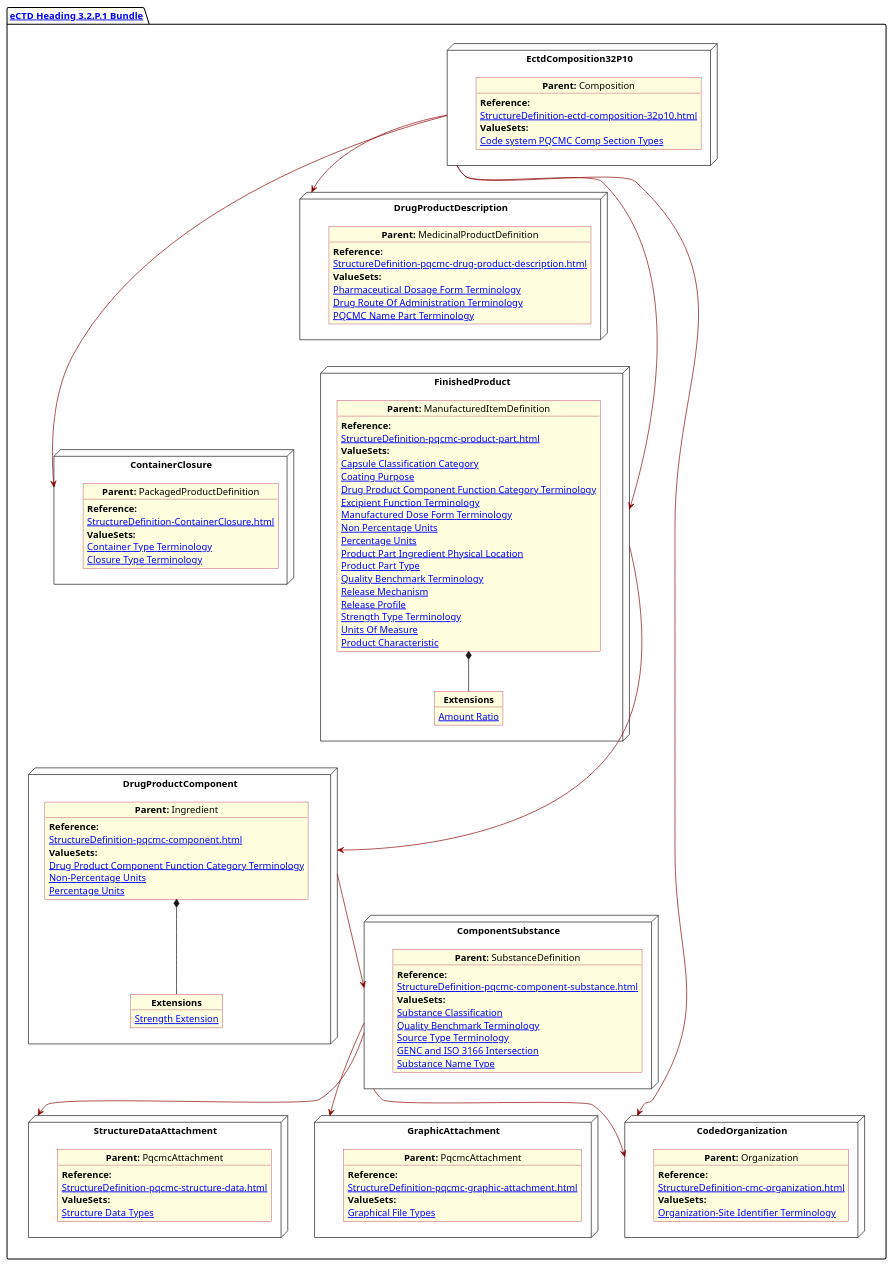
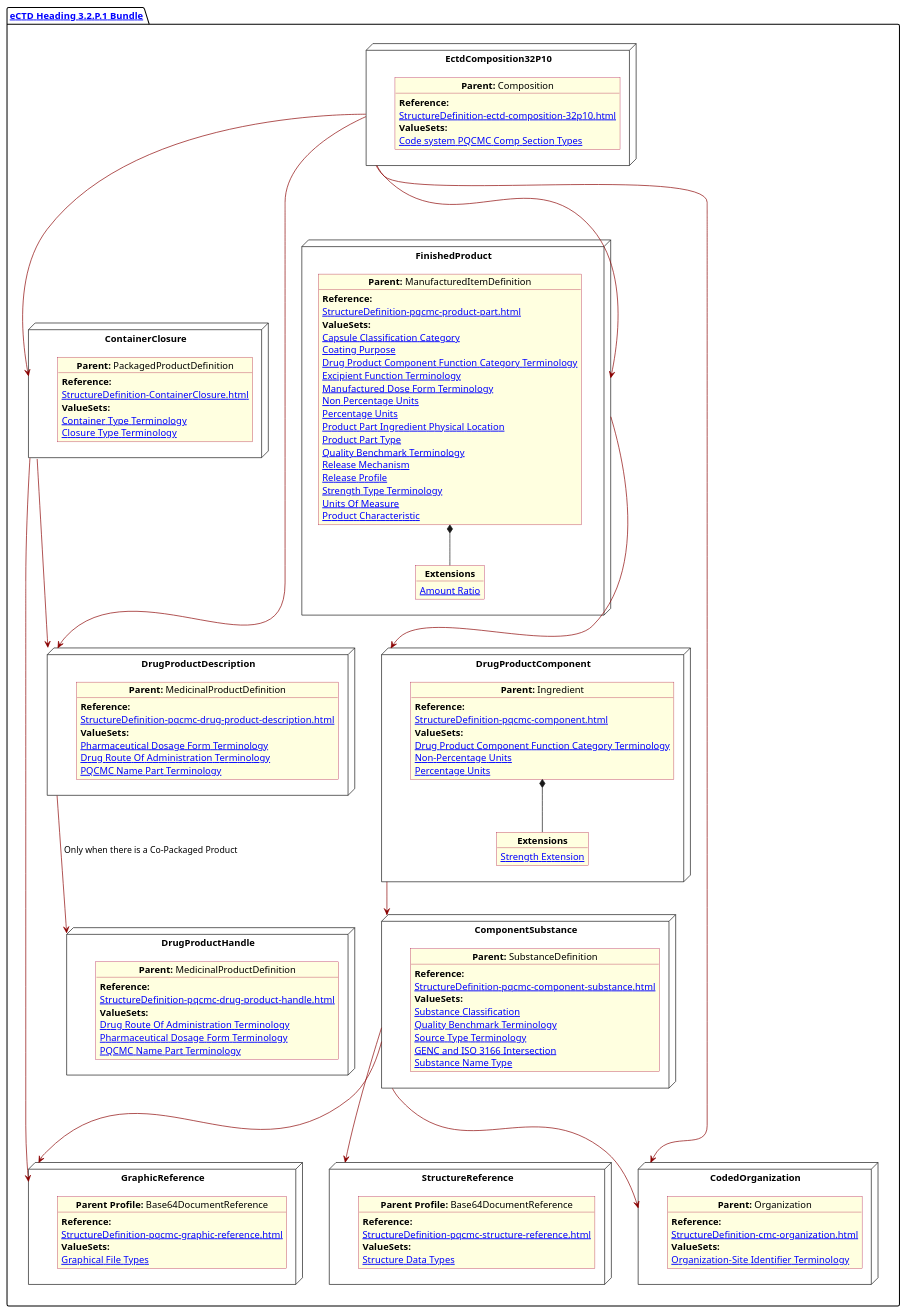
Before and after one commit to HL7/FHIR-us-pq-cmc-fda: the diagram in input/images-source/ProdDesComp.plantuml, drawn with PlantUML. The commit also changed 5 other files, not shown here.

Commit message:
replaced co-packaged refence with DrugProductHandle. Fixed 32P1 diagram

```diff
--- a/input/images-source/ProdDesComp.plantuml
+++ b/input/images-source/ProdDesComp.plantuml
@@ -1,144 +1,157 @@
 @startuml ProdDesComp
 allowmixing
 'Mixed model of use case and object
 skinparam svgDimensionStyle false
 skinparam ObjectBackgroundColor LightYellow
 skinparam ObjectBorderColor #A80036
 skinparam activityDiamondBorderColor #A80036
 skinparam activityDiamondBackgroundColor lawnGreen
 skinparam ClassBorderThickness 4
 
 package "[[StructureDefinition-cmc-ectd-document-32p10.html eCTD Heading 3.2.P.1 Bundle]]" as NODES {
   node "ContainerClosure" as N21 {
 
     object "**Parent:** PackagedProductDefinition" as obj22 {
       **Reference:**
       [[StructureDefinition-ContainerClosure.html]]
       **ValueSets:**
       [[ValueSet-pqcmc-container-type-terminology.html Container Type Terminology]]
       [[ValueSet-pqcmc-closure-type-terminology.html Closure Type Terminology]]
     }
   }
 
   node "DrugProductDescription" as N2 {
 
     object "**Parent:** MedicinalProductDefinition" as obj2 {
       **Reference:**
       [[StructureDefinition-pqcmc-drug-product-description.html]]
       **ValueSets:**
       [[ValueSet-spl-pharmaceutical-dosage-form-terminology.html Pharmaceutical Dosage Form Terminology]]
       [[ValueSet-spl-drug-route-of-administration-terminology.html Drug Route Of Administration Terminology]]
+      [[ValueSet-pqcmc-name-part-terminology.html PQCMC Name Part Terminology]]
+    }
+  }
+
+  node "DrugProductHandle" as N2handle {
+
+    object "**Parent:** MedicinalProductDefinition" as objcross {
+      **Reference:**
+      [[StructureDefinition-pqcmc-drug-product-handle.html]]
+      **ValueSets:**
+      [[ValueSet-spl-drug-route-of-administration-terminology.html Drug Route Of Administration Terminology]]
+      [[ValueSet-spl-pharmaceutical-dosage-form-terminology.html Pharmaceutical Dosage Form Terminology]]
       [[ValueSet-pqcmc-name-part-terminology.html PQCMC Name Part Terminology]]
     }
   }
 
   node "FinishedProduct"as MID {
     object "**Parent:** ManufacturedItemDefinition" as objMID {
 
       **Reference:**
       [[StructureDefinition-pqcmc-product-part.html]]
       **ValueSets:**
       [[ValueSet-capsule-classification-category.html Capsule Classification Category]]
       [[ValueSet-pqcmc-coating-purpose.html Coating Purpose]]
       [[ValueSet-pqcmc-drug-product-component-function-category-terminology.html Drug Product Component Function Category Terminology]]
       [[ValueSet-pqcmc-excipient-function-terminology.html Excipient Function Terminology]]
       [[ValueSet-pqcmc-manufactured-dose-form-terminology.html Manufactured Dose Form Terminology]]
       [[ValueSet-pqcmc-non-percentage-units.html Non Percentage Units]]
       [[ValueSet-pqcmc-percentage-units.html Percentage Units]]
       [[ValueSet-pqcmc-product-part-ingredient-physical-location.html Product Part Ingredient Physical Location]]
       [[ValueSet-pqcmc-product-part-type.html Product Part Type]]
       [[ValueSet-pqcmc-quality-benchmark-terminology.html Quality Benchmark Terminology]]
       [[ValueSet-pqcmc-release-mechanism.html Release Mechanism]]
       [[ValueSet-pqcmc-release-profile.html Release Profile]]
       [[ValueSet-pqcmc-strength-type-terminology.html Strength Type Terminology]]
       [[ValueSet-pqcmc-units-of-measure.html Units Of Measure]]
       [[ValueSet-pqcmc-product-characteristic.html Product Characteristic]]
     }
     object "**Extensions**" as objMIDExs {
       [[StructureDefinition-pq-amount-ratio.html Amount Ratio]]
     }
     objMID *-- objMIDExs
   }
   node "DrugProductComponent" as NN {
 
     object "**Parent:** Ingredient" as obj3 {
       **Reference:**
       [[StructureDefinition-pqcmc-component.html]]
       **ValueSets:**
       [[ValueSet-pqcmc-drug-product-component-function-category-terminology.html Drug Product Component Function Category Terminology]]
       [[ValueSet-pqcmc-org-identifier-type-terminology.html Non-Percentage Units]]
       [[ValueSet-pqcmc-percentage-units.html Percentage Units]]
     }
     object "**Extensions**" as objExs {
       [[StructureDefinition-strength-extension.html Strength Extension]]
     }
     obj3 *-- objExs
   }
 
   node "ComponentSubstance" as NCS {
 
     object "**Parent:** SubstanceDefinition" as objSubDef {
       **Reference:**
       [[StructureDefinition-pqcmc-component-substance.html]]
       **ValueSets:**
       [[ValueSet-substance-classification.html Substance Classification]]
       [[ValueSet-pqcmc-quality-benchmark-terminology.html Quality Benchmark Terminology]]
       [[ValueSet-pqcmc-source-type-terminology.html Source Type Terminology]]
       [[ValueSet-pqcmc-genc-and-iso-intersect.html GENC and ISO 3166 Intersection]]
       [[ValueSet-pqcmc-substance-name-type.html Substance Name Type]]
     }
   }
 
-  node "StructureDataAttachment" as NB642 {
+    node "GraphicReference" as NB64 {
 
-    object "**Parent:** PqcmcAttachment"  as obj642 {
+    object "**Parent Profile:** Base64DocumentReference"  as obj64 {
+      **Reference:**
+      [[StructureDefinition-pqcmc-graphic-reference.html]]
+      **ValueSets:**
+      [[ValueSet-pqcmc-graphical-file-types.html Graphical File Types]]
+    }
+  }
 
+  node "StructureReference" as NBstruc {
+
+    object "**Parent Profile:** Base64DocumentReference"  as objb64 {
       **Reference:**
-      [[StructureDefinition-pqcmc-structure-data.html]]
+      [[StructureDefinition-pqcmc-structure-reference.html]]
       **ValueSets:**
       [[ValueSet-pqcmc-structure-data-types.html Structure Data Types]]
     }
-
-  }
-  node "GraphicAttachment" as NB64 {
-
-    object "**Parent:** PqcmcAttachment"  as obj64 {
-
-      **Reference:**
-      [[StructureDefinition-pqcmc-graphic-attachment.html]]
-      **ValueSets:**
-      [[ValueSet-pqcmc-graphical-file-types.html Graphical File Types ]]
-    }
-
   }
   node "CodedOrganization" as NSO {
 
     object "**Parent:** Organization" as objAu {
       **Reference:**
       [[StructureDefinition-cmc-organization.html]]
       **ValueSets:**
       [[ValueSet-pqcmc-org-identifier-type-terminology.html Organization-Site Identifier Terminology]]
     }
   }
 
   node "EctdComposition32P10" as N1 {
 
     object "**Parent:** Composition" as obj1 {
       **Reference:**
       [[StructureDefinition-ectd-composition-32p10.html]]
       **ValueSets:**
       [[ValueSet-cmc-comp-section-types-vs.html Code system PQCMC Comp Section Types]]
     }
 
   }
 
-  N1 -[#darkred]-> N2
+  N1 -[#darkred]--> N2
   N1 -[#darkred]--> MID
-  N1 -[#darkred]-> NSO
-  N1 -[#darkred]-->  N21
+  N1 -[#darkred]--> NSO
+  N1 -[#darkred]--> N21
+  N2 -[#darkred]--> N2handle : Only when there is a Co-Packaged Product
+  N21 -[#darkred]--> NB64
+  N21 -[#darkred]--> N2
   MID -[#darkred]--> NN
-  NCS -[#darkred]-> NSO
-  NN -[#darkred]-> NCS
-  NCS -[#darkred]-> NB64
-  NCS -[#darkred]-> NB642
-  @enduml
+  NCS -[#darkred]--> NSO
+  NN -[#darkred]--> NCS
+  NCS -[#darkred]--> NB64
+  NCS -[#darkred]--> NBstruc
+}
+@enduml
```
